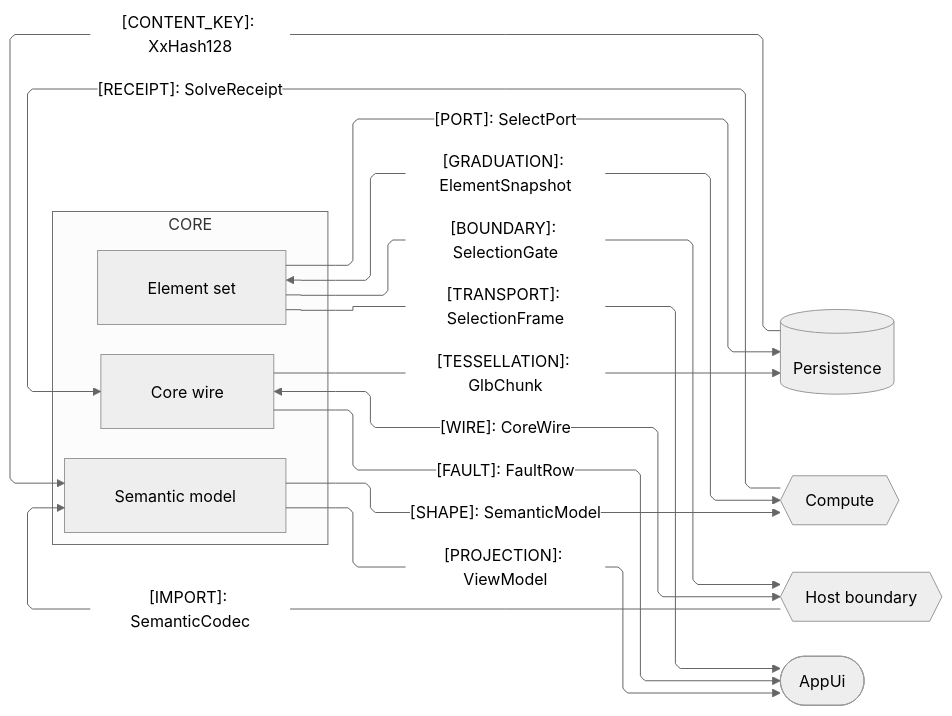
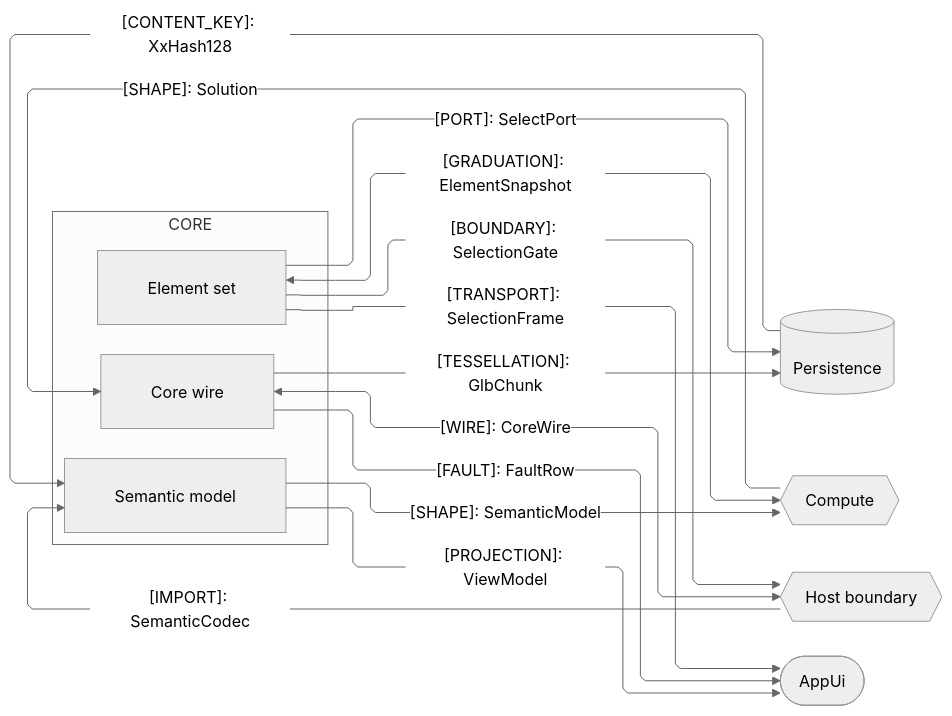
One commit to bsamiee/Rasm changed the diagram in .claude/skills/mermaid-diagramming/templates/seam-graph.mmd.md. Above: the diagram before and after it, drawn with Mermaid (neutral theme). The commit also changed other lines of this file and 1417 other files, not shown here.

````diff
--- a/.claude/skills/mermaid-diagramming/templates/seam-graph.mmd.md
+++ b/.claude/skills/mermaid-diagramming/templates/seam-graph.mmd.md
@@ -9,33 +9,33 @@
 ```mermaid
 ---
 config:
   layout: elk
   flowchart:
     curve: linear
     padding: 25
 ---
 flowchart LR
     accTitle: Core package seam registry
     accDescr: Core sub-domain owners exchanging kinded shapes with persistence, compute, the host boundary, and the app shell, node shape encoding counterpart role.
     subgraph core[CORE]
         Semantic[Semantic model]
         ElementSet[Element set]
         Wire[Core wire]
     end
     Persistence[(Persistence)]
     Compute{{Compute}}
     Host{{Host boundary}}
     AppUi([AppUi])
     Persistence e1@-->|"[CONTENT_KEY]: XxHash128"| Semantic
     Wire e2@<-->|"[WIRE]: CoreWire"| Host
     Wire e3@-->|"[TESSELLATION]: GlbChunk"| Persistence
     ElementSet e4@<-->|"[GRADUATION]: ElementSnapshot"| Compute
-    Compute e5@-->|"[RECEIPT]: SolveReceipt"| Wire
+    Compute e5@-->|"[SHAPE]: Solution"| Wire
     Wire e6@-->|"[FAULT]: FaultRow"| AppUi
     Semantic e7@-->|"[PROJECTION]: ViewModel"| AppUi
     ElementSet e8@-->|"[TRANSPORT]: SelectionFrame"| AppUi
     ElementSet e9@-->|"[PORT]: SelectPort"| Persistence
     Semantic e10@-->|"[SHAPE]: SemanticModel"| Compute
     ElementSet e11@-->|"[BOUNDARY]: SelectionGate"| Host
     Host e12@-->|"[IMPORT]: SemanticCodec"| Semantic
 ```
````
